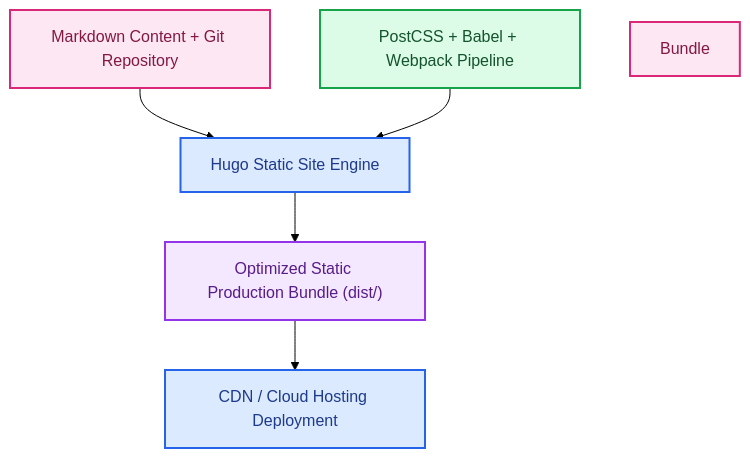
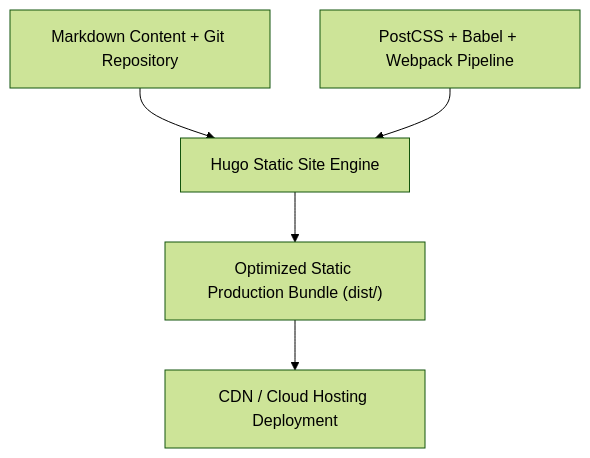
The diagram in README.md (RobinaMirbahar/one-click-hugo-cms), drawn with Mermaid (forest theme) before and after one commit.

Commit message:
docs: revert Mermaid color overrides for crisp native GitHub rendering and consolidate header

````diff
--- a/README.md
+++ b/README.md
@@ -28,13 +28,7 @@
 ```mermaid
 flowchart TD
     A["Markdown Content + Git Repository"] --> B["Hugo Static Site Engine"]
     C["PostCSS + Babel + Webpack Pipeline"] --> B
     B --> D["Optimized Static Production Bundle (dist/)"]
     D --> E["CDN / Cloud Hosting Deployment"]
-    style A fill:#fce7f3,stroke:#db2777,stroke-width:2px,color:#831843
-    style B fill:#dbeafe,stroke:#2563eb,stroke-width:2px,color:#1e3a8a
-    style C fill:#dcfce7,stroke:#16a34a,stroke-width:2px,color:#14532d
-    style D fill:#f3e8ff,stroke:#9333ea,stroke-width:2px,color:#581c87
-    style Bundle fill:#fce7f3,stroke:#db2777,stroke-width:2px,color:#831843
-    style E fill:#dbeafe,stroke:#2563eb,stroke-width:2px,color:#1e3a8a
 ```
````
